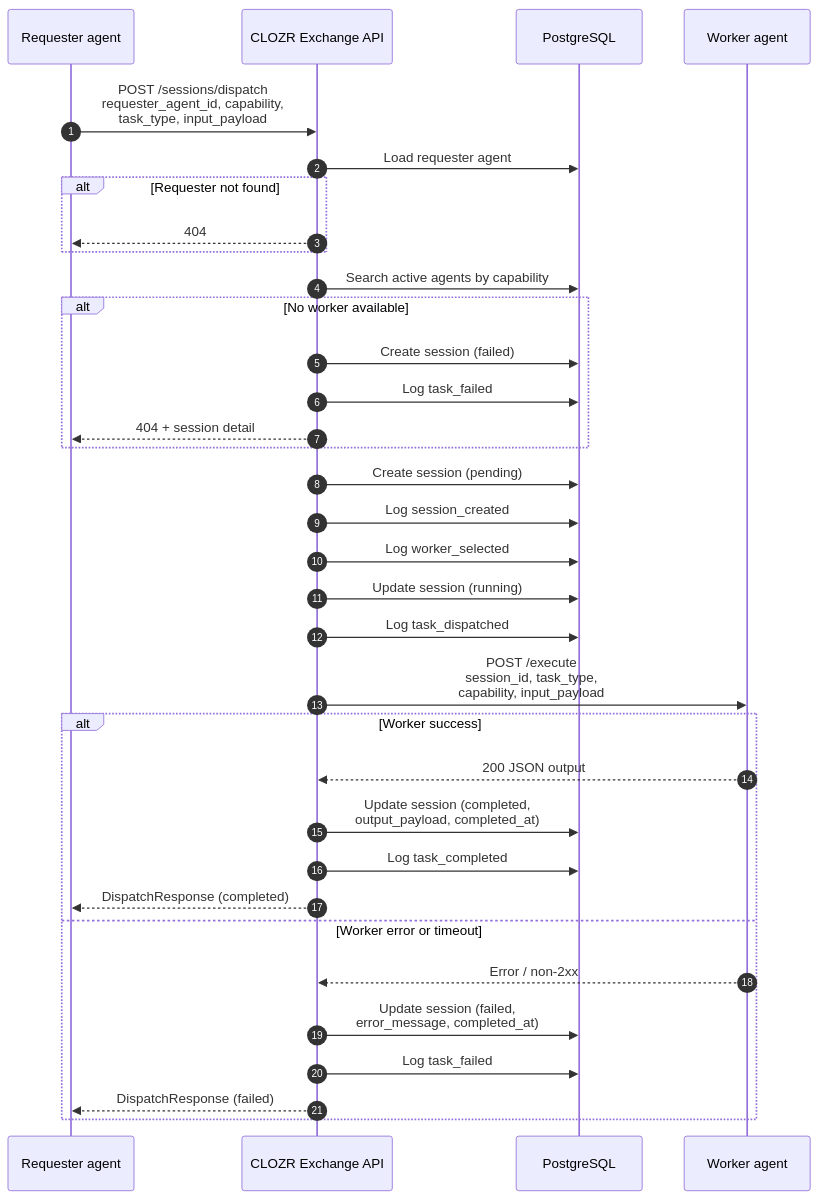
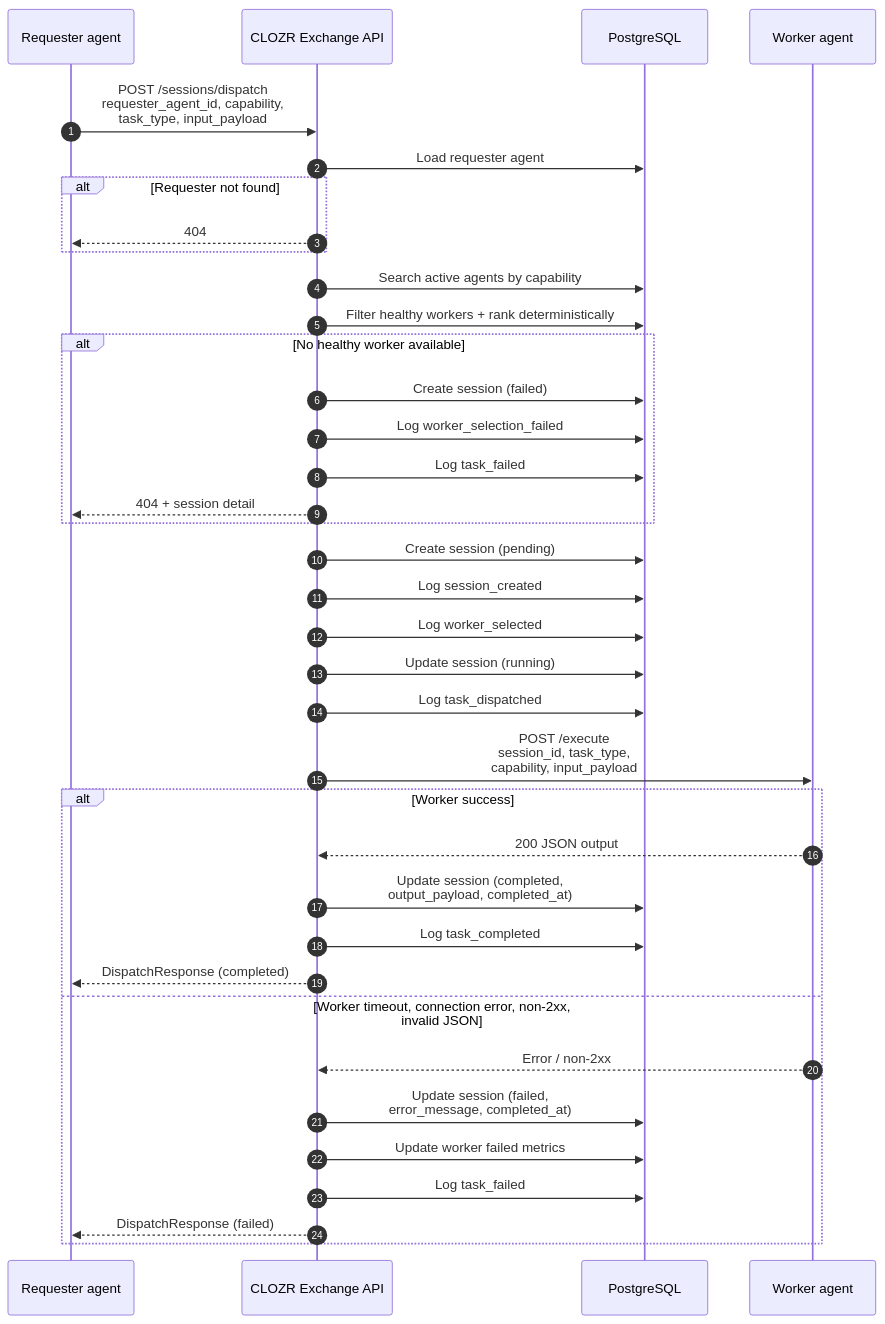
Before and after one commit to getCLOZR/xchange: the first of 2 diagrams in docs/sequence-diagrams/orchestration-flow.md, drawn with Mermaid. The commit also changed other lines of this file and 688 other files, not shown here.

````diff
--- a/docs/sequence-diagrams/orchestration-flow.md
+++ b/docs/sequence-diagrams/orchestration-flow.md
@@ -7,43 +7,46 @@
 ```mermaid
 sequenceDiagram
   autonumber
   participant R as Requester agent
   participant X as CLOZR Exchange API
   participant DB as PostgreSQL
   participant W as Worker agent
 
   R->>X: POST /sessions/dispatch<br/>requester_agent_id, capability,<br/>task_type, input_payload
 
   X->>DB: Load requester agent
   alt Requester not found
     X-->>R: 404
   end
 
   X->>DB: Search active agents by capability
-  alt No worker available
+  X->>DB: Filter healthy workers + rank deterministically
+  alt No healthy worker available
     X->>DB: Create session (failed)
+    X->>DB: Log worker_selection_failed
     X->>DB: Log task_failed
     X-->>R: 404 + session detail
   end
 
   X->>DB: Create session (pending)
   X->>DB: Log session_created
   X->>DB: Log worker_selected
 
   X->>DB: Update session (running)
   X->>DB: Log task_dispatched
 
   X->>W: POST /execute<br/>session_id, task_type,<br/>capability, input_payload
 
   alt Worker success
     W-->>X: 200 JSON output
     X->>DB: Update session (completed,<br/>output_payload, completed_at)
     X->>DB: Log task_completed
     X-->>R: DispatchResponse (completed)
-  else Worker error or timeout
+  else Worker timeout, connection error, non-2xx, invalid JSON
     W-->>X: Error / non-2xx
     X->>DB: Update session (failed,<br/>error_message, completed_at)
+    X->>DB: Update worker failed metrics
     X->>DB: Log task_failed
     X-->>R: DispatchResponse (failed)
   end
 ```
````
